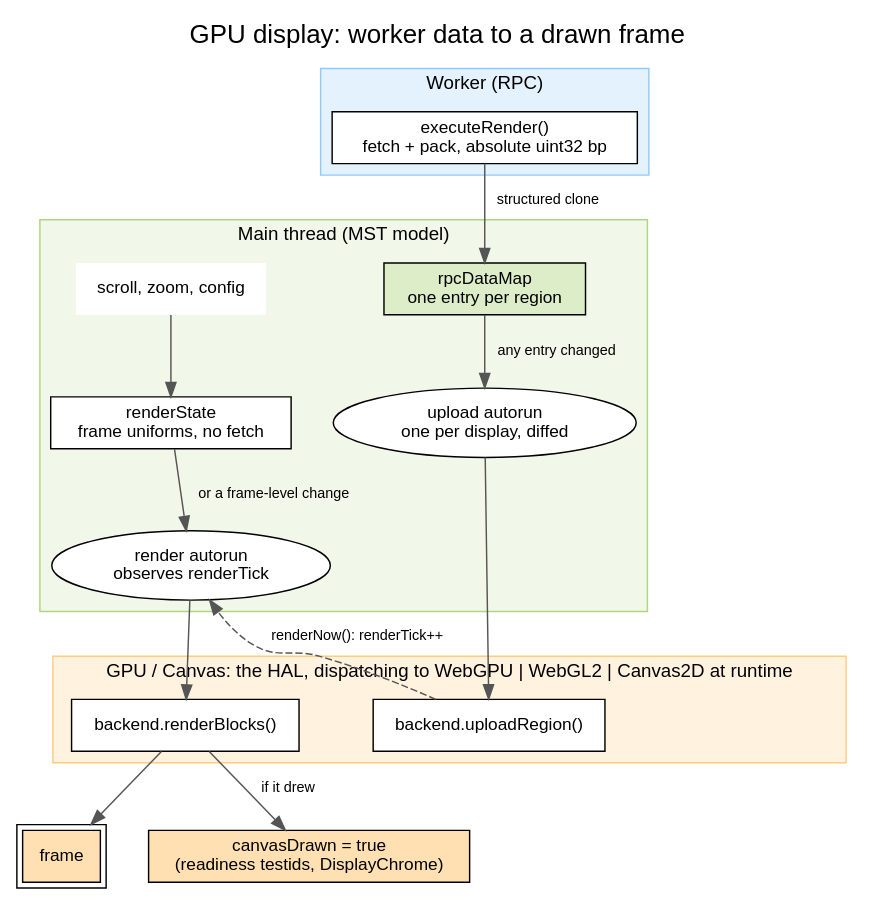
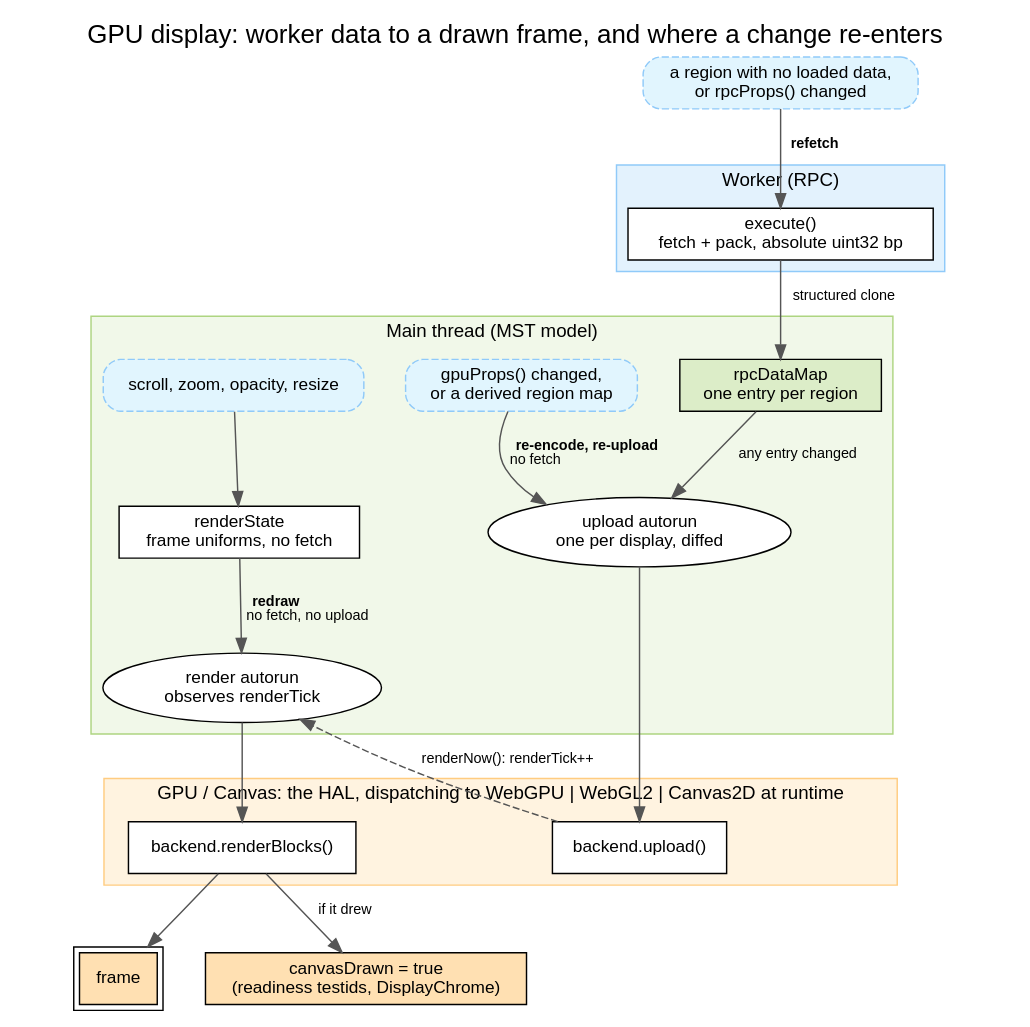
Before and after one commit to GMOD/jbrowse-components: the diagram in website/diagrams/gpu_display_lifecycle.dot, drawn with Graphviz. The commit also changed 8 other files, not shown here.

First line of the commit message:
docs(diagrams): where a change re-enters, and the four autoruns as one graph

```diff
--- a/website/diagrams/gpu_display_lifecycle.dot
+++ b/website/diagrams/gpu_display_lifecycle.dot
@@ -1,107 +1,148 @@
+// Source for /img/gpu_display_lifecycle.png, embedded by
+// docs/developer_guides/creating_gpu_display.md under "Architecture overview".
+//
+// THE THREE DOORS ON THE LEFT are the figure's second job, and the page's: a
+// reader deciding where a new setting goes needs to know how far back each kind
+// of change reaches. The chain is one column, each door enters it at the stage
+// that change re-enters, and what is left below the door is what it costs.
+// `rpcProps()` enters above the worker; `gpuProps()` enters at the upload
+// autorun, which is where it is read, so a color scheme re-encodes and
+// re-uploads bytes already in hand; everything else is a frame. Same rule
+// ARCHITECTURE.md states as `rpcProps()` refetches and `gpuProps()` re-uploads,
+// and the one dataflow.md's "Where the GPU sits" carries in prose beside the
+// whole-path figure.
+//
+// They are the light blue this corpus uses for an entry point elsewhere
+// (dataflow.dot's "the visible region changes", fetch_chain.dot's), and dashed,
+// so a door reads as something happening TO the chain rather than as more of
+// it.
 digraph gpu_display_lifecycle {
   rankdir=TB
   labelloc=t
   fontname="Helvetica"
   fontsize=18
-  label="GPU display: worker data to a drawn frame"
+  label="GPU display: worker data to a drawn frame, and where a change re-enters"
   compound=true
   nodesep=0.4
   ranksep=0.55
 
   node [shape=box, fontname="Helvetica", fontsize=12, style=filled, fillcolor="#ffffff"]
   edge [fontname="Helvetica", fontsize=10, color="#555555"]
 
   // TOP TO BOTTOM rather than left to right. As three side-by-side lanes this
   // came out about 7:1, which on a docs page is a strip with unreadable text,
   // and the renderTick edge, the loop the caption says the figure is OF, had
   // to run the whole width back under everything with its label parked in the
   // middle of the frame, attached to neither end. Stacked, each lane is a band
   // and that edge is one rank tall.
 
   // ── Worker ───────────────────────────────────────────────────────
   subgraph cluster_worker {
     label="Worker (RPC)"
     labelloc=t
     fontname="Helvetica"
     fontsize=13
     style=filled
     fillcolor="#e3f2fd"
     color="#90caf9"
 
-    exec [label="executeRender()\nfetch + pack, absolute uint32 bp"]
+    // `execute()` is the RPC method's own hook, and the name rpc_lifecycle.dot
+    // labels "your code". `executeRender()`, which this said, resolves to no
+    // symbol in the tree.
+    exec [label="execute()\nfetch + pack, absolute uint32 bp"]
   }
 
   // ── Main thread ──────────────────────────────────────────────────
   subgraph cluster_main {
     label="Main thread (MST model)"
     labelloc=t
     fontname="Helvetica"
     fontsize=13
     style=filled
     fillcolor="#f1f8e9"
     color="#aed581"
 
     rpcdata [label="rpcDataMap\none entry per region", fillcolor="#dcedc8"]
+    // Inside this lane for the same reason `viewstate` is: `gpuProps()` is a
+    // view method on the model, read by the upload callback. Drawn outside, its
+    // edge came in as a diagonal across the whole lane.
+    door_upload [label="gpuProps() changed,\nor a derived region map", shape=box,
+                 style="filled,rounded,dashed", fillcolor="#e1f5fe", color="#90caf9"]
     uploadrun [label="upload autorun\none per display, diffed", shape=ellipse]
     // Scroll and zoom are why renderState exists. Without them it reads as a
     // node nothing feeds, and the render autorun looks like it has one trigger
     // when the whole point of the pair is that it has two. Inside this lane
     // because they are main-thread view state; outside it, the edge crossed
-    // the cluster's own label on the way in.
-    viewstate [label="scroll, zoom, config", shape=plaintext, fillcolor="#ffffff"]
+    // the cluster's own label on the way in — which is also why this is the one
+    // door drawn inside a lane.
+    //
+    // `config` was the wrong fourth item: a config change is a refetch or a
+    // re-upload depending on which list carries it, which is the distinction
+    // the other two doors are here to draw. Opacity is the plot-wide scalar
+    // that genuinely is a frame — ARCHITECTURE.md, "opacity is a render
+    // parameter, never a packed color".
+    viewstate [label="scroll, zoom, opacity, resize", shape=box,
+               style="filled,rounded,dashed", fillcolor="#e1f5fe", color="#90caf9"]
     renderstate [label="renderState\nframe uniforms, no fetch"]
     renderrun [label="render autorun\nobserves renderTick", shape=ellipse]
   }
 
   // ── GPU / Canvas ─────────────────────────────────────────────────
   subgraph cluster_gpu {
     // The runtime choice belongs in the lane's own name. As a separate dashed
     // node with a "dispatch" edge it took the rank directly under
     // renderBlocks(), which pushed both outputs two ranks further down and
     // made their edges cross the lane on the way there, and it drew the HAL
     // as something the renderer calls out to, when the HAL is the lane.
     label="GPU / Canvas: the HAL, dispatching to WebGPU | WebGL2 | Canvas2D at runtime"
     labelloc=t
     fontname="Helvetica"
     fontsize=13
     style=filled
     fillcolor="#fff3e0"
     color="#ffcc80"
 
-    upload [label="backend.uploadRegion()"]
+    upload [label="backend.upload()"]
     render [label="backend.renderBlocks()"]
   }
 
   // The two things a finished frame produces. `canvasDrawn` was missing
   // entirely, and it is the half of the answer anything outside the display
   // reads: markCanvasDrawn() flips it when renderBlocks() reports it drew, and
   // that flag is what the readiness testids and DisplayChrome's loading state
   // are waiting on. A figure that ends at "frame" says a picture appeared but
   // not how the rest of the app finds out.
   frame [label="frame", fillcolor="#ffe0b2", peripheries=2]
   drawn [label="canvasDrawn = true\n(readiness testids, DisplayChrome)", fillcolor="#ffe0b2"]
+
+  // The third door, and the only one above the worker.
+  door_fetch [label="a region with no loaded data,\nor rpcProps() changed", shape=box,
+              style="filled,rounded,dashed", fillcolor="#e1f5fe", color="#90caf9"]
+
+  door_fetch -> exec [label=<  <b>refetch</b>  >]
+  door_upload -> uploadrun [label=<  <b>re-encode, re-upload</b><br align="left"/>  no fetch<br align="left"/>>]
 
   exec -> rpcdata [label="  structured clone"]
   rpcdata -> uploadrun [label="  any entry changed"]
   uploadrun -> upload
 
   // renderNow() bumps renderTick on the MODEL and the RENDER AUTORUN is what
   // observes it (`void self.renderTick`). The old edge landed on renderState
   // instead, which is not a thing renderNow() touches, and renderState is
   // read by the render callback, so pointing the tick there implied the upload
   // path recomputes frame uniforms.
   upload -> renderrun [
     label="  renderNow(): renderTick++"
     style=dashed
     constraint=false
   ]
 
   viewstate -> renderstate
-  renderstate -> renderrun [label="  or a frame-level change"]
+  renderstate -> renderrun [label=<  <b>redraw</b><br align="left"/>  no fetch, no upload<br align="left"/>>]
   renderrun -> render
   render -> frame
   render -> drawn [label="  if it drew"]
   // Both outputs on one rank under the lanes, so neither lands inside the GPU
   // cluster's box and reads as another thing the HAL owns.
   { rank=same; frame; drawn }
 }
```
